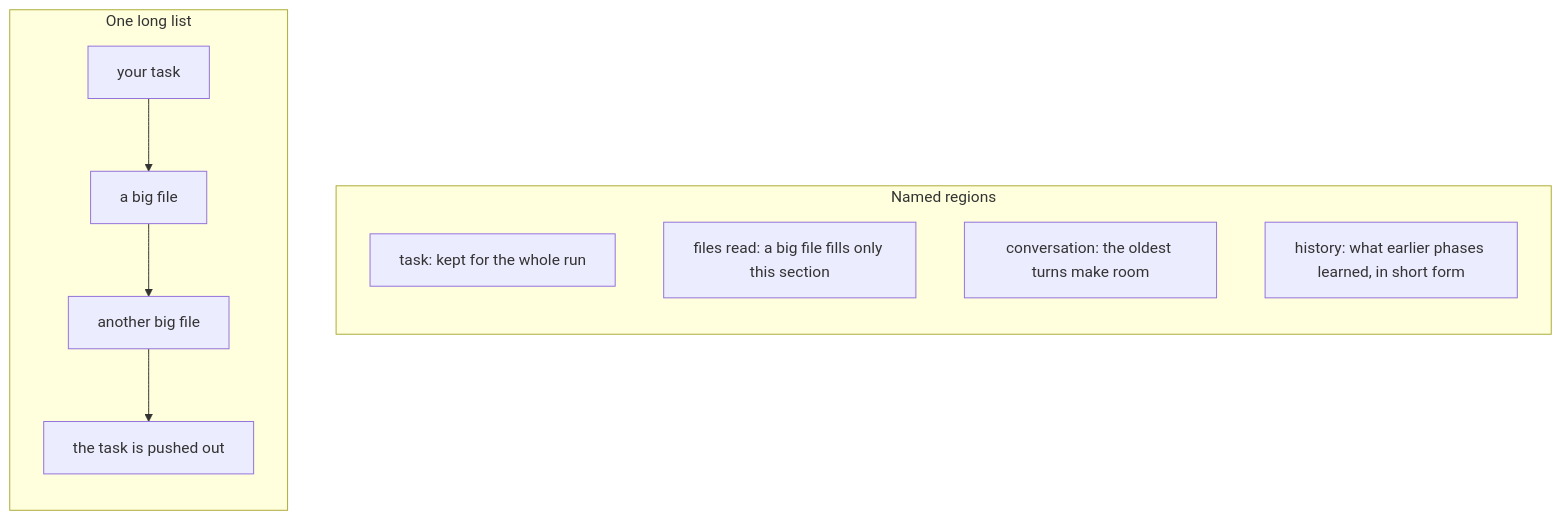
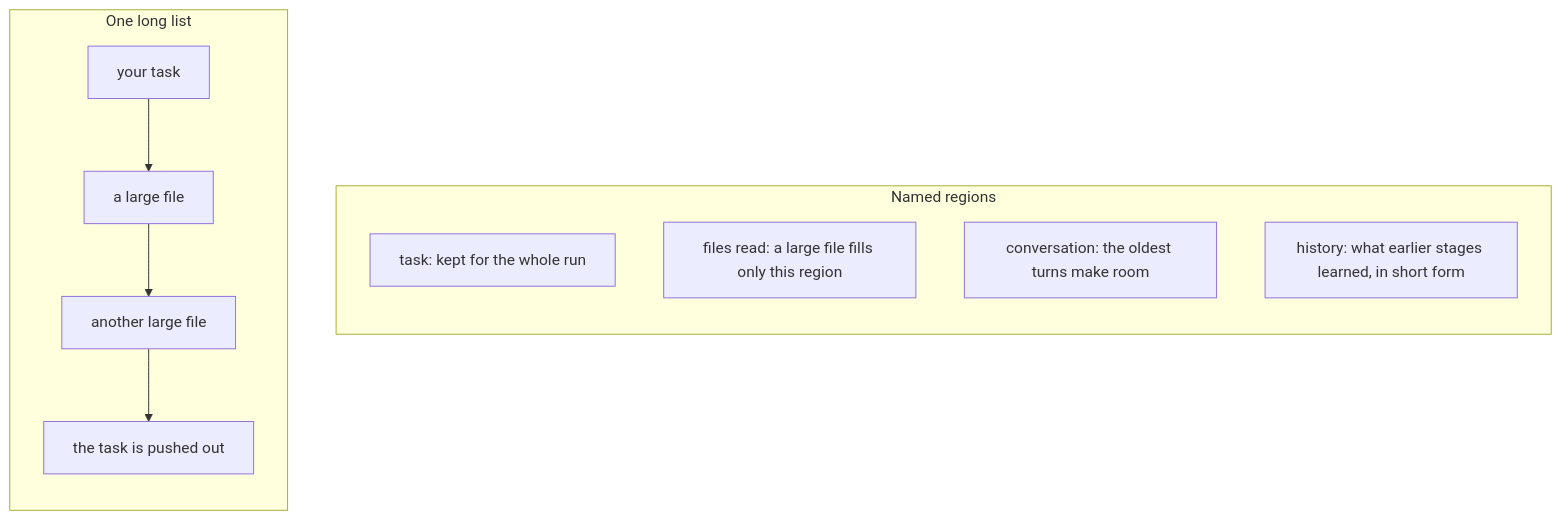
Before and after one commit to GEMISIS/leviath: the second of 2 diagrams in docs/content/what-is-leviath.md, drawn with Mermaid. The commit also changed other lines of this file and 3 other files, not shown here.

````diff
--- a/docs/content/what-is-leviath.md
+++ b/docs/content/what-is-leviath.md
@@ -88,17 +140,17 @@
 ```mermaid
 flowchart LR
   subgraph FLAT["One long list"]
     direction TB
-    F1["your task"] --> F2["a big file"]
-    F2 --> F3["another big file"]
+    F1["your task"] --> F2["a large file"]
+    F2 --> F3["another large file"]
     F3 --> F4["the task is pushed out"]
   end
   subgraph REG["Named regions"]
     direction TB
     R1["task: kept for the whole run"]
-    R2["files read: a big file fills only this section"]
+    R2["files read: a large file fills only this region"]
     R3["conversation: the oldest turns make room"]
-    R4["history: what earlier phases learned, in short form"]
+    R4["history: what earlier stages learned, in short form"]
   end
   FLAT ~~~ REG
 ```
````
